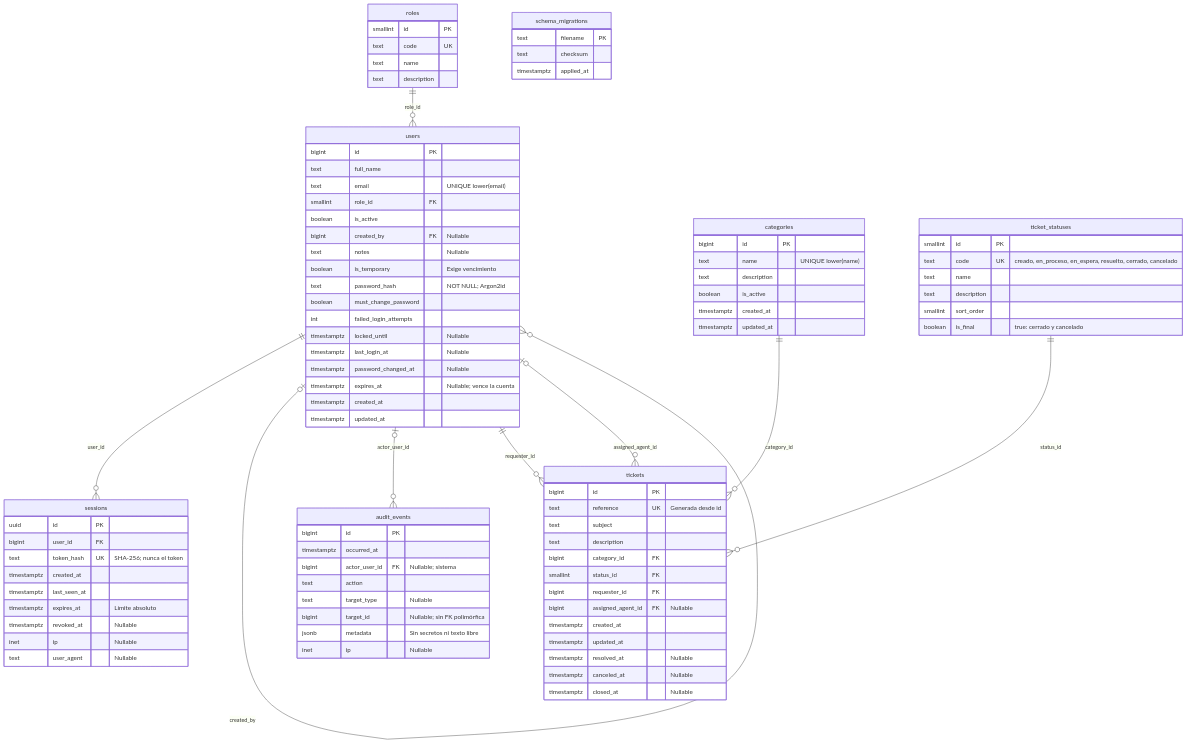
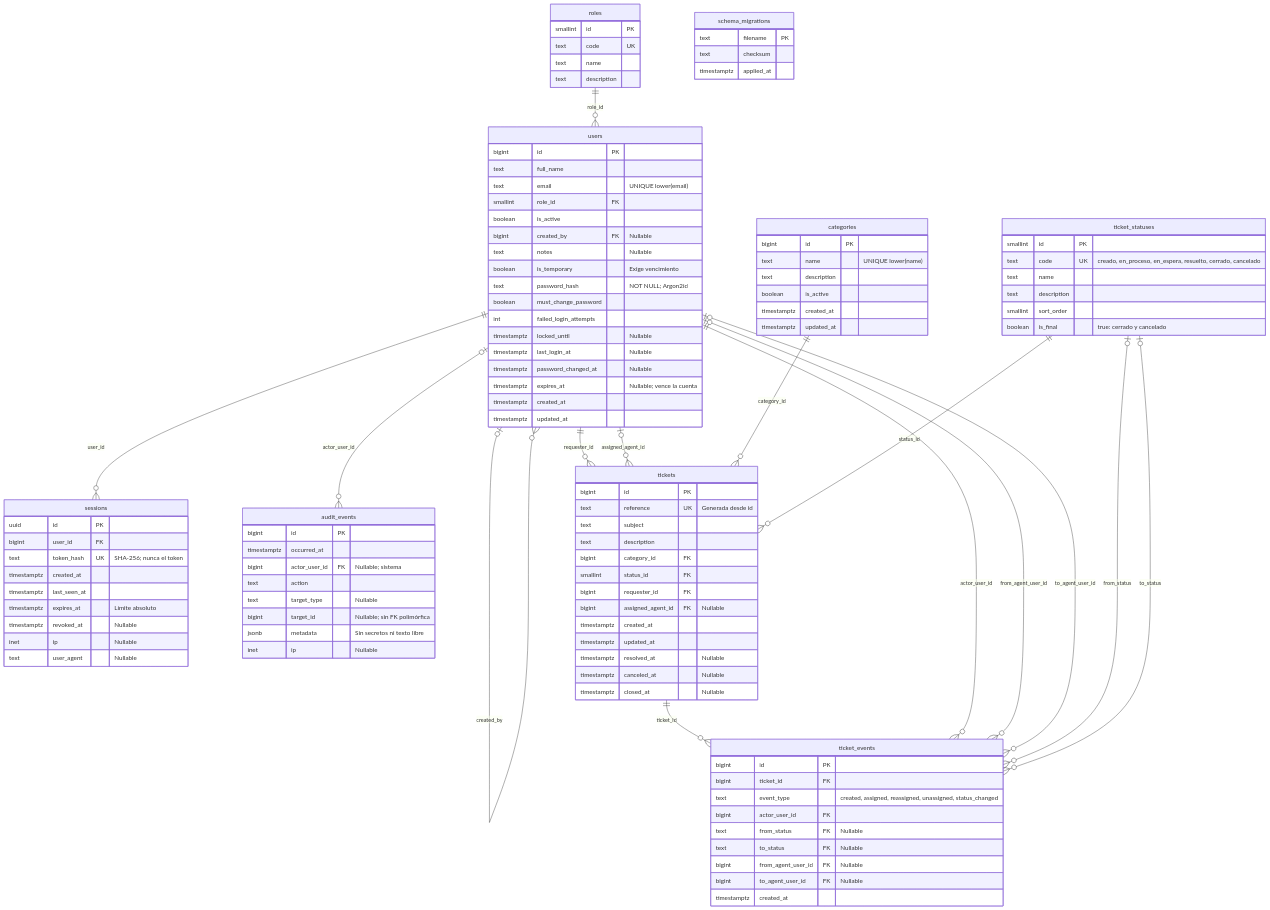
The diagram in backend/db/README.md (Claudia-Lainfiesta/HelpDesk), drawn with Mermaid before and after one commit. The commit also changed other lines of this file and 38 other files, not shown here.

```diff
--- a/backend/db/README.md
+++ b/backend/db/README.md
@@ -172,6 +171,24 @@
     users o|--o{ tickets : assigned_agent_id
     categories ||--o{ tickets : category_id
     ticket_statuses ||--o{ tickets : status_id
+    tickets ||--o{ ticket_events : ticket_id
+    users ||--o{ ticket_events : actor_user_id
+    users o|--o{ ticket_events : from_agent_user_id
+    users o|--o{ ticket_events : to_agent_user_id
+    ticket_statuses o|--o{ ticket_events : from_status
+    ticket_statuses o|--o{ ticket_events : to_status
+
+    ticket_events {
+        bigint id PK
+        bigint ticket_id FK
+        text event_type "created, assigned, reassigned, unassigned, status_changed"
+        bigint actor_user_id FK
+        text from_status FK "Nullable"
+        text to_status FK "Nullable"
+        bigint from_agent_user_id FK "Nullable"
+        bigint to_agent_user_id FK "Nullable"
+        timestamptz created_at
+    }
 
     roles {
         smallint id PK
```
